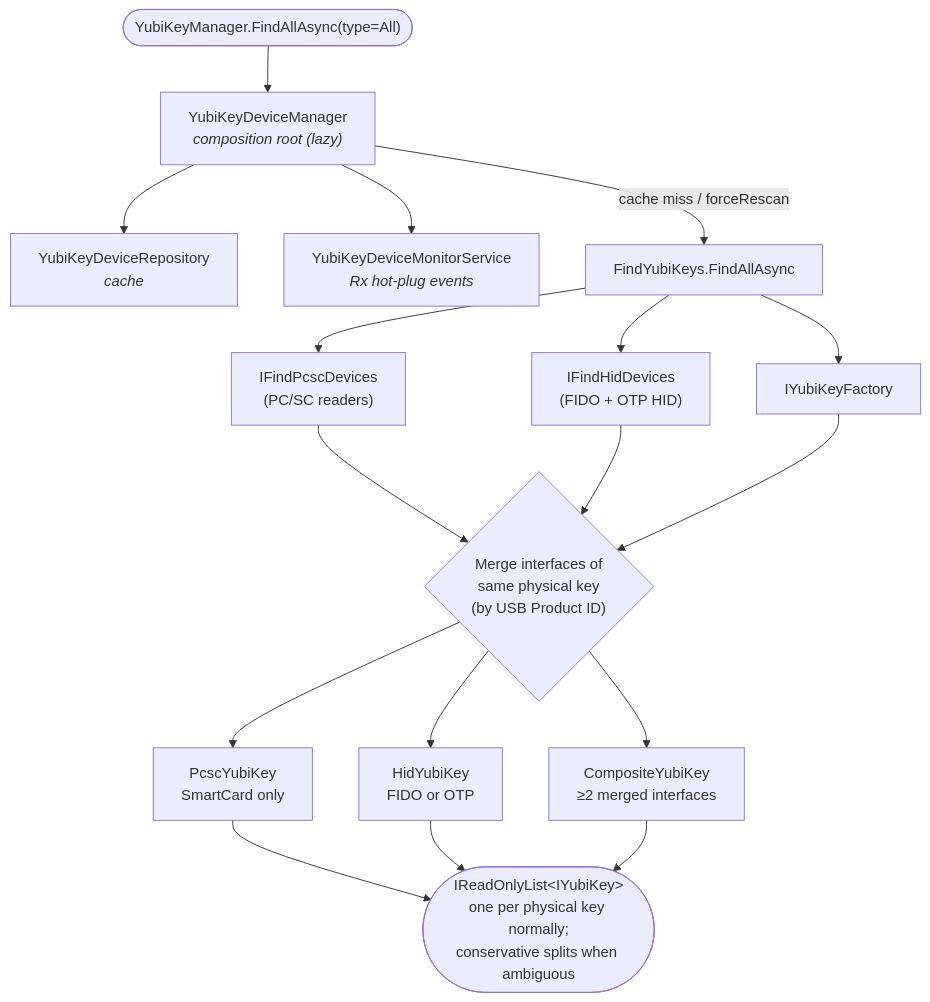
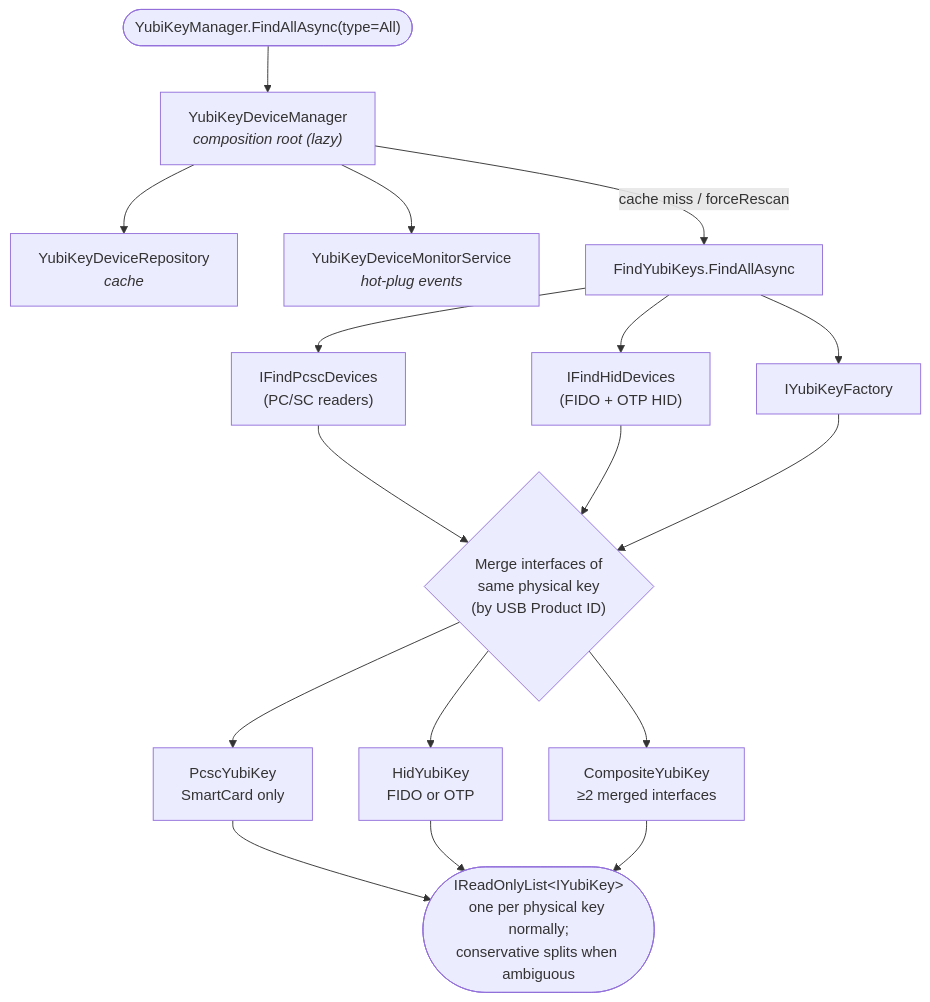
The sixth of 7 diagrams in docs/architecture/sdk-architecture-diagrams.md (Yubico/Yubico.NET.SDK), drawn with Mermaid before and after one commit. The commit also changed other lines of this file and 5 other files, not shown here.

````diff
--- a/docs/architecture/sdk-architecture-diagrams.md
+++ b/docs/architecture/sdk-architecture-diagrams.md
@@ -287,37 +287,37 @@
 ```mermaid
 flowchart TD
     Start(["YubiKeyManager.FindAllAsync(type=All)"])
     Mgr["YubiKeyDeviceManager<br/><i>composition root (lazy)</i>"]
     Repo["YubiKeyDeviceRepository<br/><i>cache</i>"]
-    Mon["YubiKeyDeviceMonitorService<br/><i>Rx hot-plug events</i>"]
+    Mon["YubiKeyDeviceMonitorService<br/><i>hot-plug events</i>"]
     Find["FindYubiKeys.FindAllAsync"]
 
     FPcsc["IFindPcscDevices<br/>(PC/SC readers)"]
     FHid["IFindHidDevices<br/>(FIDO + OTP HID)"]
     Factory["IYubiKeyFactory"]
 
     Merge{"Merge interfaces of<br/>same physical key<br/>(by USB Product ID)"}
 
     Pcsc["PcscYubiKey<br/>SmartCard only"]
     Hid["HidYubiKey<br/>FIDO or OTP"]
     Comp["CompositeYubiKey<br/>≥2 merged interfaces"]
 
     Result(["IReadOnlyList&lt;IYubiKey&gt;<br/>one per physical key normally;<br/>conservative splits when ambiguous"])
 
     Start --> Mgr
     Mgr --> Repo
     Mgr --> Mon
     Mgr -->|cache miss / forceRescan| Find
     Find --> FPcsc
     Find --> FHid
     Find --> Factory
     FPcsc --> Merge
     FHid --> Merge
     Factory --> Merge
     Merge --> Pcsc
     Merge --> Hid
     Merge --> Comp
     Pcsc --> Result
     Hid --> Result
     Comp --> Result
 ```
````
